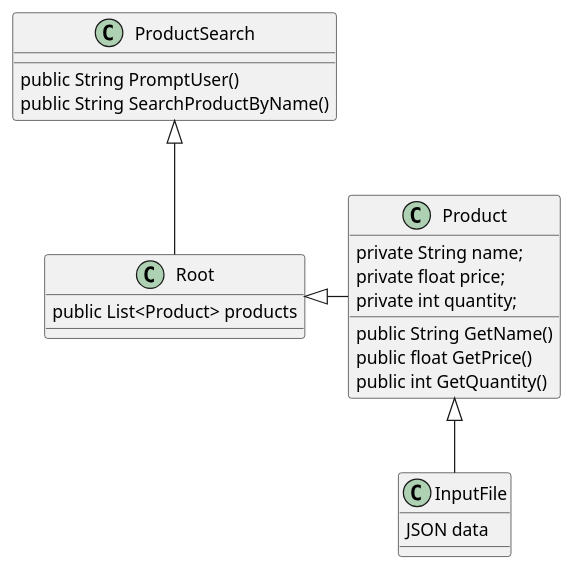
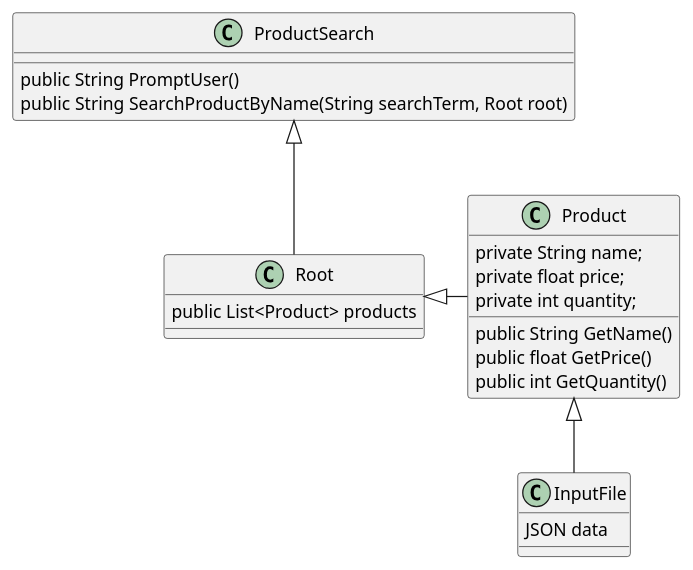
Before and after one commit to AlejanPelaez9004/Pelaez-COP3330-assignment3: the diagram in src/main/java/ex44/ProductSearch.puml, drawn with PlantUML. The commit also changed 1 other file, not shown here.

```diff
--- a/src/main/java/ex44/ProductSearch.puml
+++ b/src/main/java/ex44/ProductSearch.puml
@@ -1,30 +1,30 @@
 @startuml
 'https://plantuml.com/class-diagram
 
 Product <|-- InputFile
 Root <|- Product
 ProductSearch <|-- Root
 
 class Root {
 public List<Product> products
 }
 class Product
 {
     private String name;
     private float price;
     private int quantity;
     public String GetName()
     public float GetPrice()
     public int GetQuantity()
 }
 class InputFile
 {
 JSON data
 }
 class ProductSearch
 {
 public String PromptUser()
-public String SearchProductByName()
+public String SearchProductByName(String searchTerm, Root root)
 }
 
 @enduml
```
